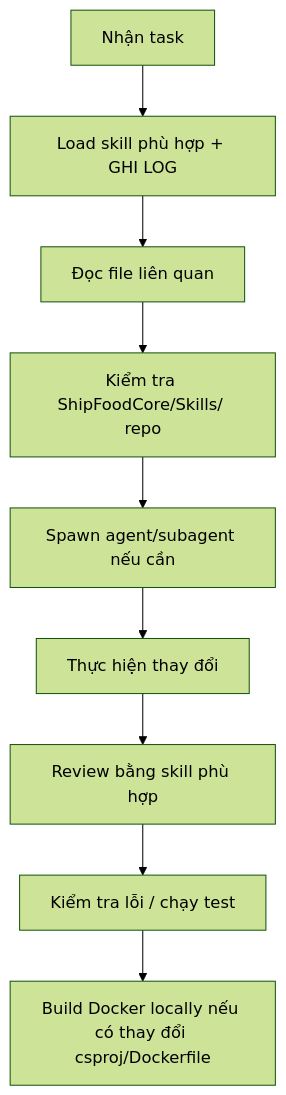
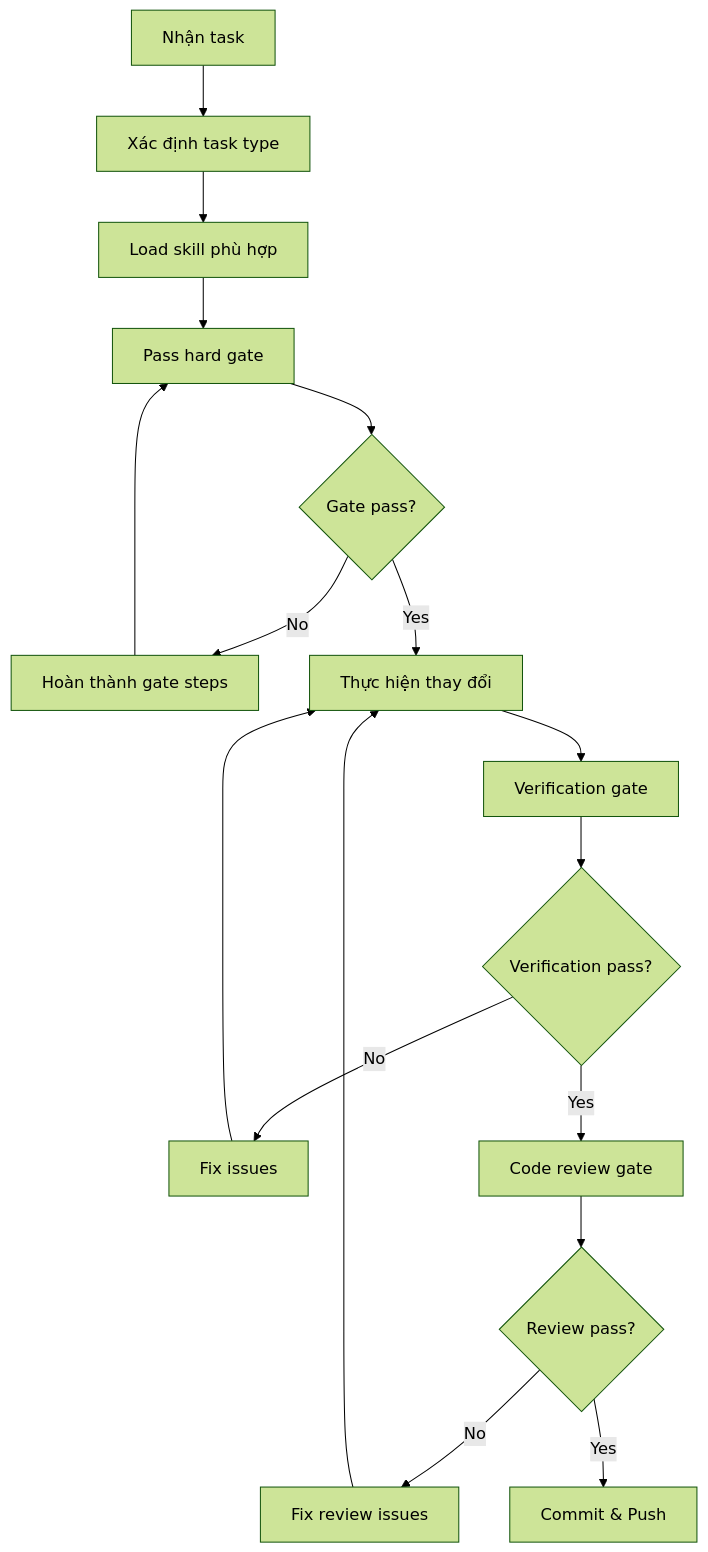
The diagram in CLAUDE.md (MingDuc1905/TMDT), drawn with Mermaid (forest theme) before and after one commit. The commit also changed other lines of this file, not shown here.

Commit message:
docs: rewrite CLAUDE.md with hard gates enforcement system

````diff
--- a/CLAUDE.md
+++ b/CLAUDE.md
@@ -138,11 +135,19 @@
 ```mermaid
 flowchart TD
-    A[Nhận task] --> B[Load skill phù hợp + GHI LOG]
-    B --> C[Đọc file liên quan]
-    C --> D[Kiểm tra ShipFoodCore/Skills/ repo]
-    D --> E[Spawn agent/subagent nếu cần]
-    E --> F[Thực hiện thay đổi]
-    F --> G[Review bằng skill phù hợp]
-    G --> H[Kiểm tra lỗi / chạy test]
-    H --> I[Build Docker locally nếu có thay đổi csproj/Dockerfile]
+    A[Nhận task] --> B[Xác định task type]
+    B --> C[Load skill phù hợp]
+    C --> D[Pass hard gate]
+    D --> E{Gate pass?}
+    E -->|No| F[Hoàn thành gate steps]
+    F --> D
+    E -->|Yes| G[Thực hiện thay đổi]
+    G --> H[Verification gate]
+    H --> I{Verification pass?}
+    I -->|No| J[Fix issues]
+    J --> G
+    I -->|Yes| K[Code review gate]
+    K --> L{Review pass?}
+    L -->|No| M[Fix review issues]
+    M --> G
+    L -->|Yes| N[Commit & Push]
 ```
````
